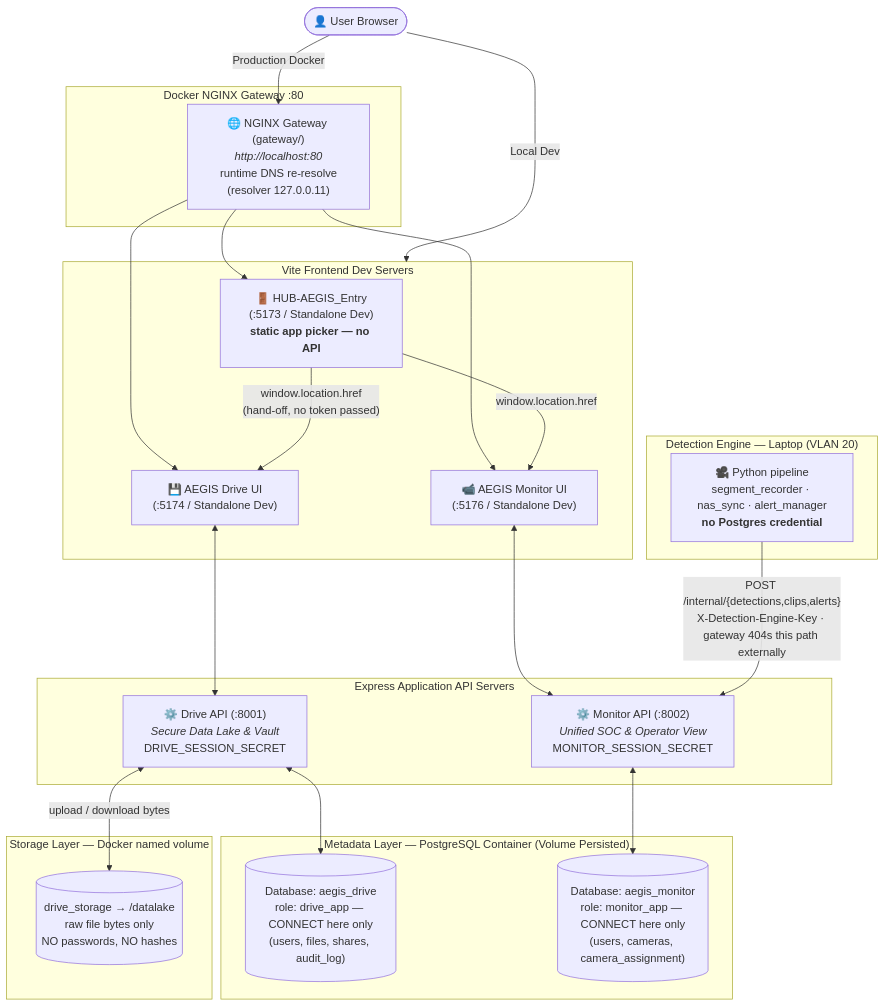
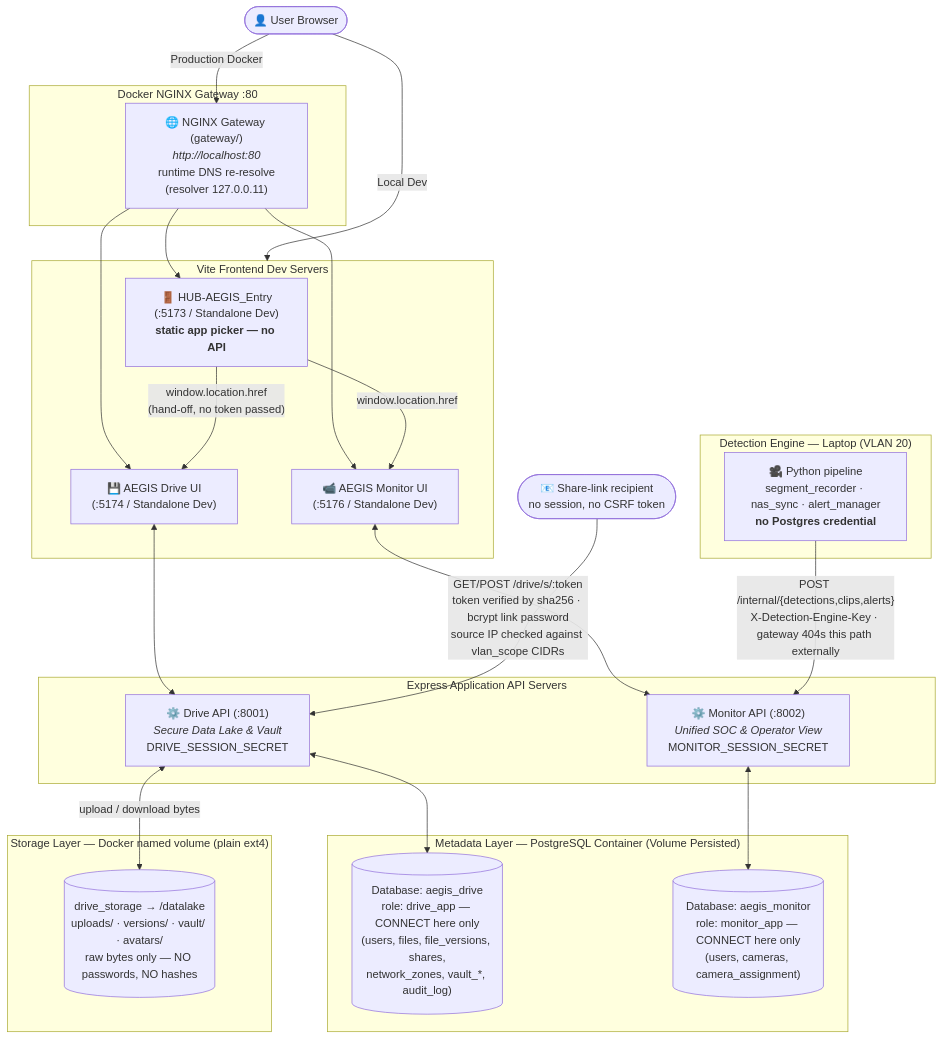
Before and after one commit to kraveerachat/Project-End-The-AEGIS: the diagram in Obsidian_AEGIS_Vault/AEGIS_Knowledge/00 - 🗺️ AEGIS System Overview.md, drawn with Mermaid. The commit also changed other lines of this file and 2 other files, not shown here.

First line of the commit message:
docs(vault): sync knowledge base for the IDEA1 mock-data removal pass

````diff
--- a/Obsidian_AEGIS_Vault/AEGIS_Knowledge/00 - 🗺️ AEGIS System Overview.md
+++ b/Obsidian_AEGIS_Vault/AEGIS_Knowledge/00 - 🗺️ AEGIS System Overview.md
@@ -18,49 +18,53 @@
 ```mermaid
 flowchart TD
     User([👤 User Browser])
 
     subgraph DockerGateway [Docker NGINX Gateway :80]
         NGINX["🌐 NGINX Gateway (gateway/)<br/><i>http://localhost:80</i><br/>runtime DNS re-resolve<br/>(resolver 127.0.0.11)"]
     end
 
     subgraph Frontends [Vite Frontend Dev Servers]
         HUB_UI["🚪 HUB-AEGIS_Entry<br/>(:5173 / Standalone Dev)<br/><b>static app picker — no API</b>"]
         DRIVE_UI["💾 AEGIS Drive UI<br/>(:5174 / Standalone Dev)"]
         MONITOR_UI["📹 AEGIS Monitor UI<br/>(:5176 / Standalone Dev)"]
     end
 
     subgraph Backends [Express Application API Servers]
         DRIVE_API["⚙️ Drive API (:8001)<br/><i>Secure Data Lake & Vault</i><br/>DRIVE_SESSION_SECRET"]
         MONITOR_API["⚙️ Monitor API (:8002)<br/><i>Unified SOC & Operator View</i><br/>MONITOR_SESSION_SECRET"]
     end
 
     subgraph MetaLayer ["Metadata Layer — PostgreSQL Container (Volume Persisted)"]
-        DB_DRIVE[("Database: aegis_drive<br/>role: drive_app — CONNECT here only<br/>(users, files, shares, audit_log)")]
+        DB_DRIVE[("Database: aegis_drive<br/>role: drive_app — CONNECT here only<br/>(users, files, file_versions, shares,<br/>network_zones, vault_*, audit_log)")]
         DB_MONITOR[("Database: aegis_monitor<br/>role: monitor_app — CONNECT here only<br/>(users, cameras, camera_assignment)")]
     end
 
-    subgraph StoreLayer ["Storage Layer — Docker named volume"]
-        VOL_DRIVE[("drive_storage → /datalake<br/>raw file bytes only<br/>NO passwords, NO hashes")]
+    subgraph StoreLayer ["Storage Layer — Docker named volume (plain ext4)"]
+        VOL_DRIVE[("drive_storage → /datalake<br/>uploads/ · versions/ · vault/ · avatars/<br/>raw bytes only — NO passwords, NO hashes")]
     end
+
+    Recipient([📧 Share-link recipient<br/>no session, no CSRF token])
 
     subgraph EdgeNode ["Detection Engine — Laptop (VLAN 20)"]
         DE["🎥 Python pipeline<br/>segment_recorder · nas_sync · alert_manager<br/><b>no Postgres credential</b>"]
     end
 
     User -->|Local Dev| Frontends
     User -->|Production Docker| NGINX
     NGINX --> HUB_UI
     NGINX --> DRIVE_UI
     NGINX --> MONITOR_UI
 
     HUB_UI -->|"window.location.href<br/>(hand-off, no token passed)"| DRIVE_UI
     HUB_UI -->|"window.location.href"| MONITOR_UI
     DRIVE_UI <--> DRIVE_API
     MONITOR_UI <--> MONITOR_API
 
     DRIVE_API <--> DB_DRIVE
     MONITOR_API <--> DB_MONITOR
     DRIVE_API <-->|"upload / download bytes"| VOL_DRIVE
 
+    Recipient -->|"GET/POST /drive/s/:token<br/>token verified by sha256 · bcrypt link password<br/>source IP checked against vlan_scope CIDRs"| DRIVE_API
+
     DE -->|"POST /internal/{detections,clips,alerts}<br/>X-Detection-Engine-Key · gateway 404s this path externally"| MONITOR_API
 ```
````
